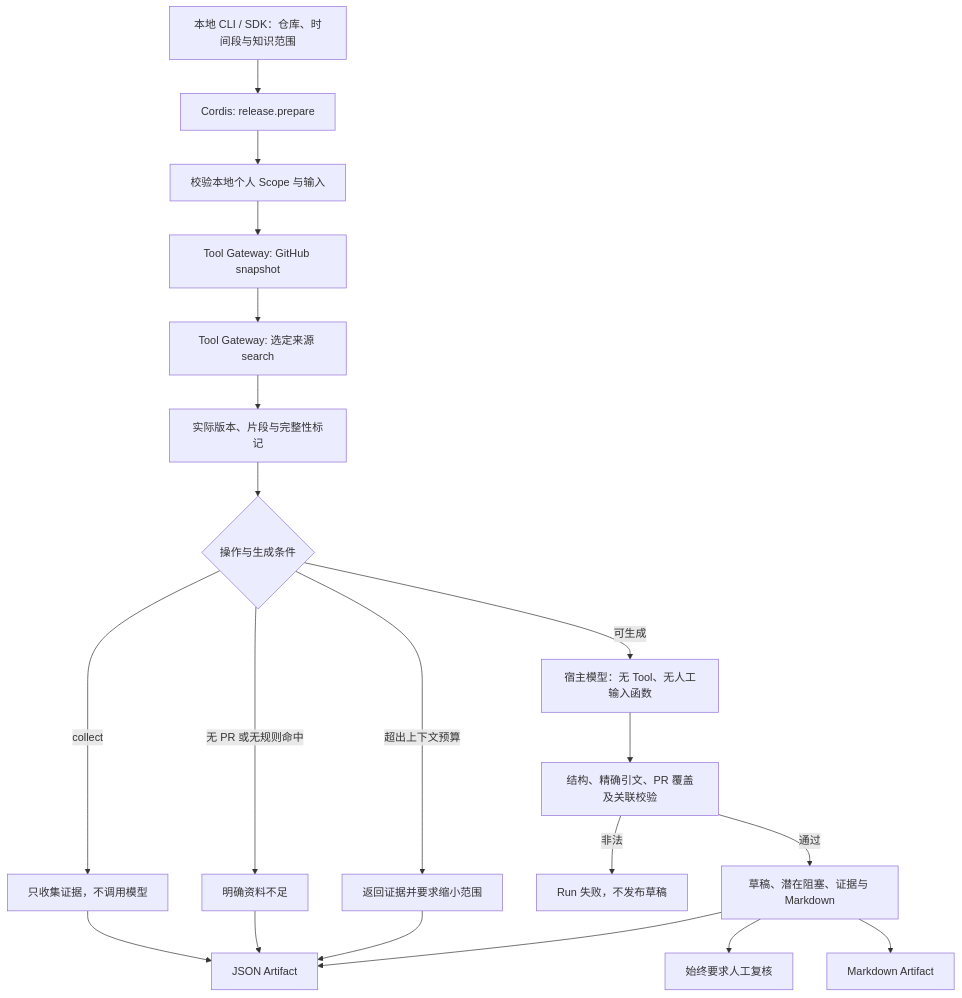
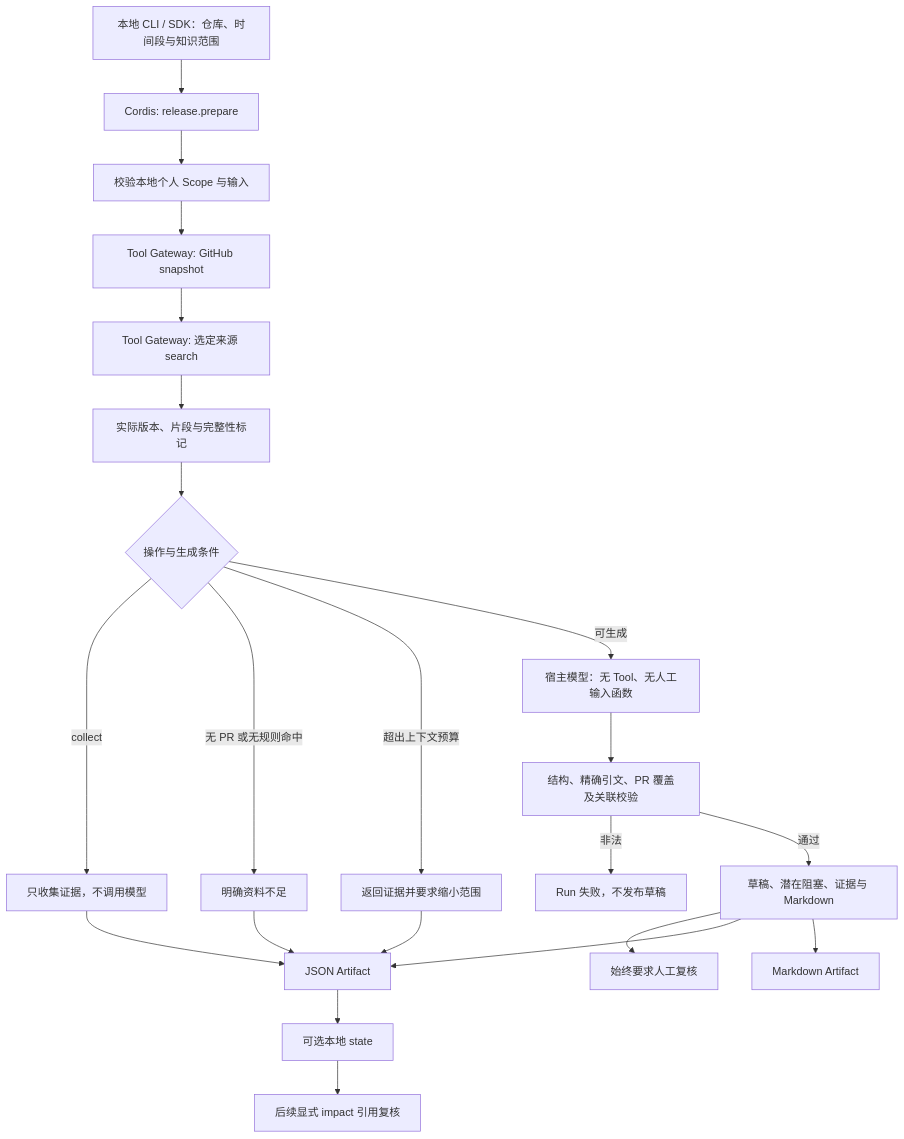
Before and after one commit to KlayPeter/AI-Delivery-Ops-Agent: the diagram in backend/src/domains/release/FEATURE.md, drawn with Mermaid. The commit also changed other lines of this file and 28 other files, not shown here.

````diff
--- a/backend/src/domains/release/FEATURE.md
+++ b/backend/src/domains/release/FEATURE.md
@@ -22,22 +22,24 @@
 ```mermaid
 flowchart TD
     U[本地 CLI / SDK：仓库、时间段与知识范围] --> P[Cordis: release.prepare]
     P --> V[校验本地个人 Scope 与输入]
     V --> G[Tool Gateway: GitHub snapshot]
     G --> K[Tool Gateway: 选定来源 search]
     K --> E[实际版本、片段与完整性标记]
     E --> C{操作与生成条件}
     C -- collect --> O[只收集证据，不调用模型]
     C -- 无 PR 或无规则命中 --> I[明确资料不足]
     C -- 超出上下文预算 --> R[返回证据并要求缩小范围]
     C -- 可生成 --> M[宿主模型：无 Tool、无人工输入函数]
     M --> A[结构、精确引文、PR 覆盖及关联校验]
     A -- 非法 --> F[Run 失败，不发布草稿]
     A -- 通过 --> D[草稿、潜在阻塞、证据与 Markdown]
     D --> H[始终要求人工复核]
     O --> J[JSON Artifact]
     I --> J
     R --> J
     D --> J
     D --> MD[Markdown Artifact]
+    J --> ST[可选本地 state]
+    ST --> IC[后续显式 impact 引用复核]
 ```
````
